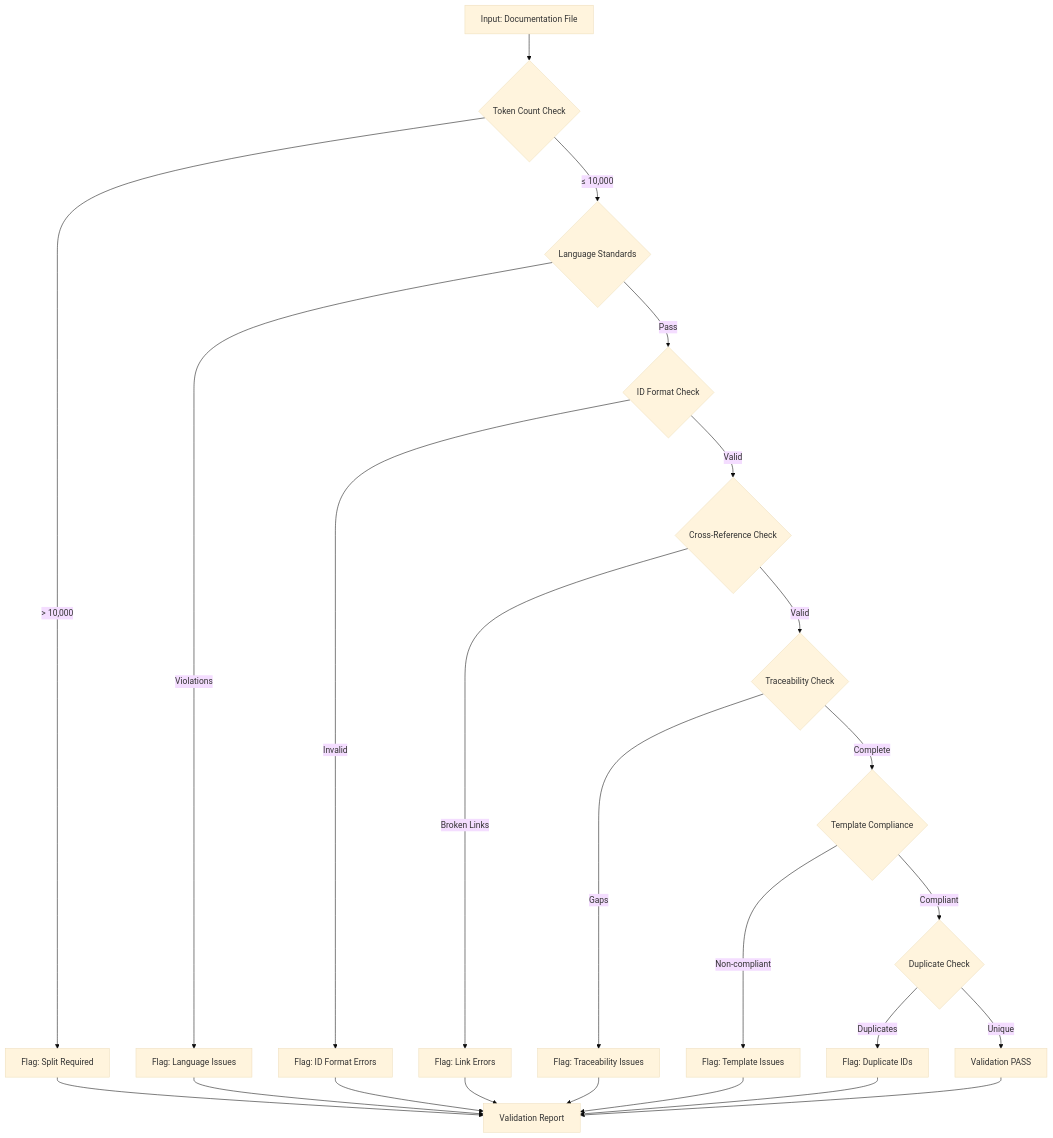
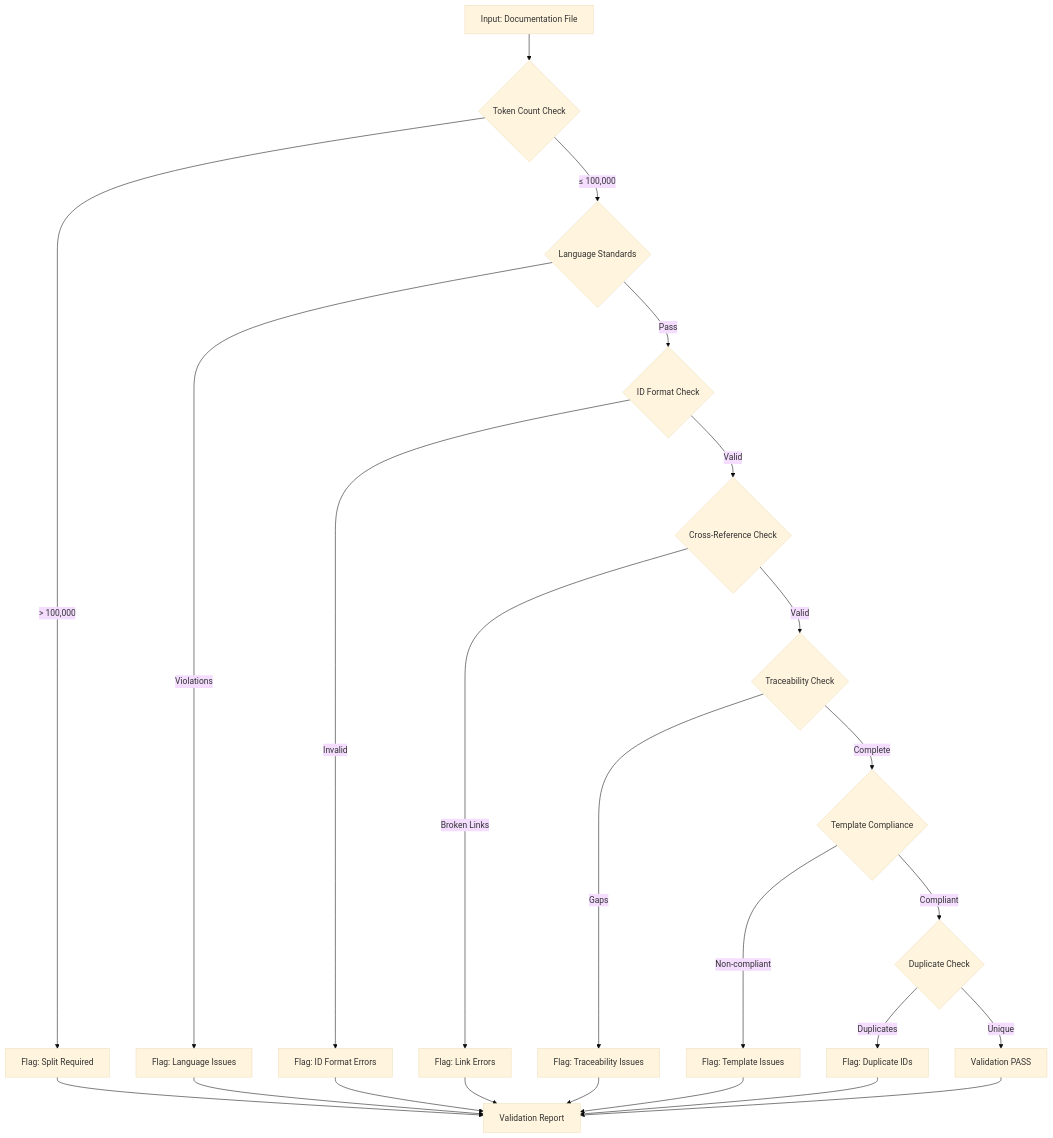
One commit to vladm3105/aidoc-flow-framework changed the diagram in .claude/skills/doc-validator/SKILL.md. Above: the diagram before and after it, drawn with Mermaid (base theme). The commit also changed other lines of this file and 28 other files, not shown here.

````diff
--- a/.claude/skills/doc-validator/SKILL.md
+++ b/.claude/skills/doc-validator/SKILL.md
@@ -96,27 +98,27 @@
 ```mermaid
 graph TD
     A[Input: Documentation File] --> B{Token Count Check}
-    B -->|> 10,000| C[Flag: Split Required]
-    B -->|≤ 10,000| D{Language Standards}
+    B -->|> 100,000| C[Flag: Split Required]
+    B -->|≤ 100,000| D{Language Standards}
     D -->|Violations| E[Flag: Language Issues]
     D -->|Pass| F{ID Format Check}
     F -->|Invalid| G[Flag: ID Format Errors]
     F -->|Valid| H{Cross-Reference Check}
     H -->|Broken Links| I[Flag: Link Errors]
     H -->|Valid| J{Traceability Check}
     J -->|Gaps| K[Flag: Traceability Issues]
     J -->|Complete| L{Template Compliance}
     L -->|Non-compliant| M[Flag: Template Issues]
     L -->|Compliant| N{Duplicate Check}
     N -->|Duplicates| O[Flag: Duplicate IDs]
     N -->|Unique| P[Validation PASS]
 
     C --> Q[Validation Report]
     E --> Q
     G --> Q
     I --> Q
     K --> Q
     M --> Q
     O --> Q
     P --> Q
 ```
````
